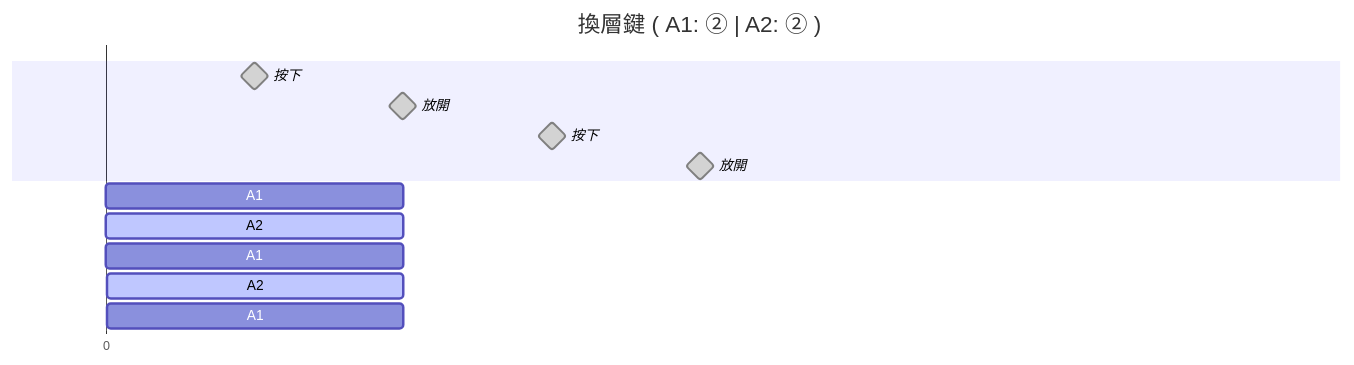
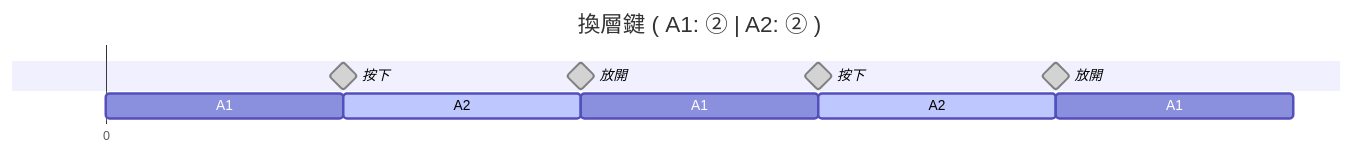
The diagram in diagrams/zh-tw/layer-shift.mmd (andy23512/blog-diagrams), drawn with Mermaid before and after one commit. The commit also changed 13 other files, not shown here.

First line of the commit message:
chore(deps): upgrade mermaid to 11.17.2 and puppeteer to 25

```diff
--- a/diagrams/zh-tw/layer-shift.mmd
+++ b/diagrams/zh-tw/layer-shift.mmd
@@ -1,19 +1,19 @@
 ---
 displayMode: compact
 ---
 gantt
-    dateFormat X
+    dateFormat x
     axisFormat %s
     tickInterval 1day
     title 換層鍵 ( A1: ② | A2: ② )
     section ㅤ
-    按下: milestone, done, 1, 1
-    放開: milestone, done, 2, 2
-    按下: milestone, done, 3, 3
-    放開: milestone, done, 4, 4
+    按下: milestone, done, 1000, 1000
+    放開: milestone, done, 2000, 2000
+    按下: milestone, done, 3000, 3000
+    放開: milestone, done, 4000, 4000
     section ㅤㅤ
     A1: 0, 1s
-    A2: active, 1, 1s
-    A1: 2, 1s
-    A2: active, 3, 1s
-    A1: 4, 1s
+    A2: active, 1000, 1s
+    A1: 2000, 1s
+    A2: active, 3000, 1s
+    A1: 4000, 1s
```
